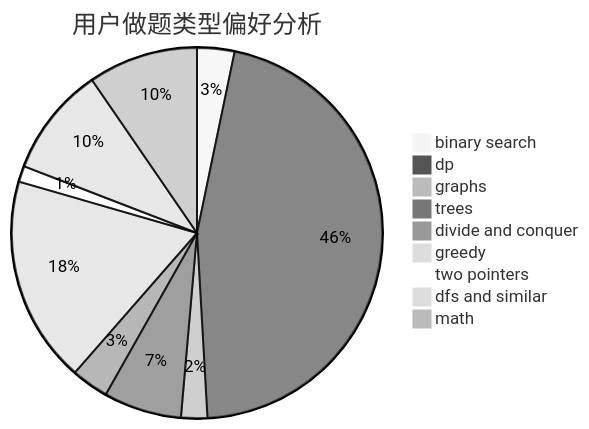
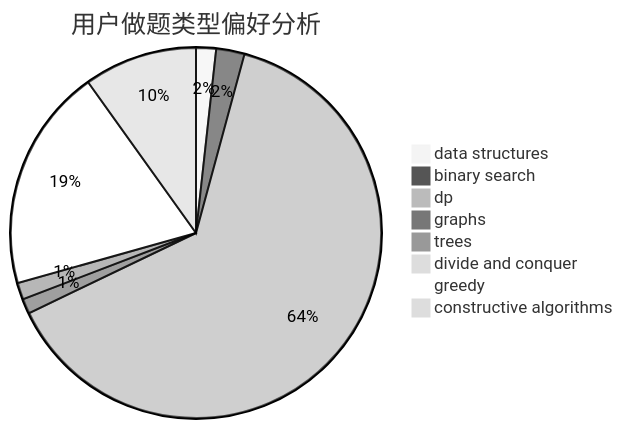
Before and after one commit to sherpahu/cfrs.github.io: the second of 3 diagrams in docs/user/u280.md, drawn with Mermaid (neutral theme). The commit also changed other lines of this file and 2775 other files, not shown here.

````diff
--- a/docs/user/u280.md
+++ b/docs/user/u280.md
@@ -23,12 +23,11 @@
 ```mermaid
 pie title 用户做题类型偏好分析
-    "binary search" :  47
-    "dp" :  661
-    "graphs" :  33
-    "trees" :  98
-    "divide and conquer" :  47
-    "greedy" :  260
-    "two pointers" :  20
-    "dfs and similar" :  138
-    "math" :  138
+    "data structures" :  12
+    "binary search" :  17
+    "dp" :  438
+    "graphs" :  9
+    "trees" :  10
+    "divide and conquer" :  0
+    "greedy" :  134
+    "constructive algorithms" :  68
 ```
````
